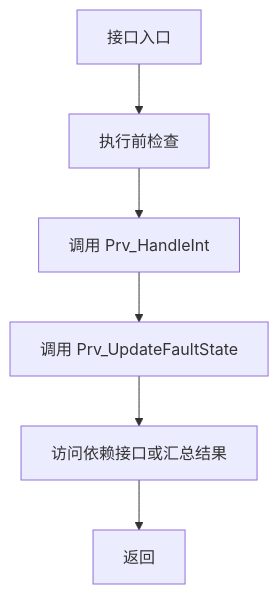
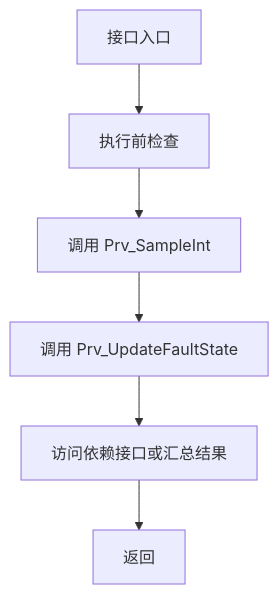
One commit to kunjiechen/Fc_Stack changed the third of 5 diagrams in artifacts/gp_nca95yy_rendered_dd.md. Above: the diagram before and after it, drawn with Mermaid. The commit also changed other lines of this file and 73 other files, not shown here.

````diff
--- a/artifacts/gp_nca95yy_rendered_dd.md
+++ b/artifacts/gp_nca95yy_rendered_dd.md
@@ -203,8 +211,8 @@
 ```mermaid
 flowchart TD
     A[接口入口] --> B[执行前检查]
-    B --> C[调用 Prv_HandleInt]
+    B --> C[调用 Prv_SampleInt]
     C --> D[调用 Prv_UpdateFaultState]
     D --> E[访问依赖接口或汇总结果]
     E --> F[返回]
 ```
````
